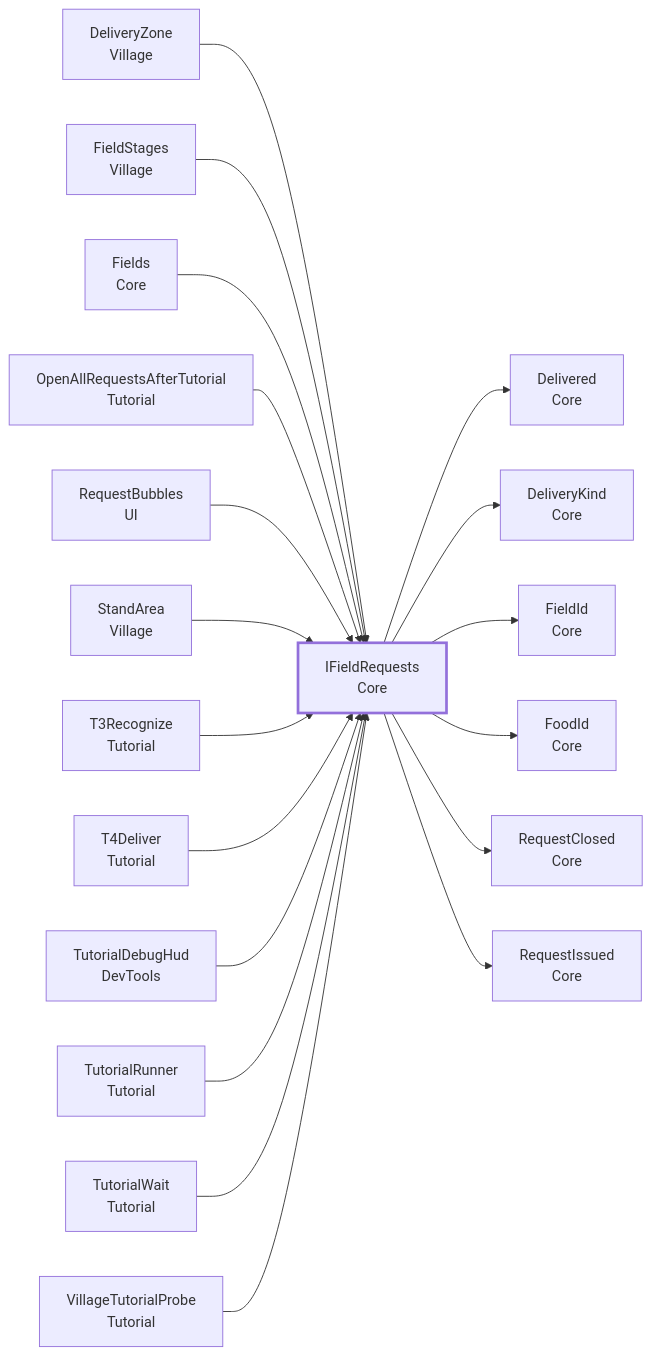
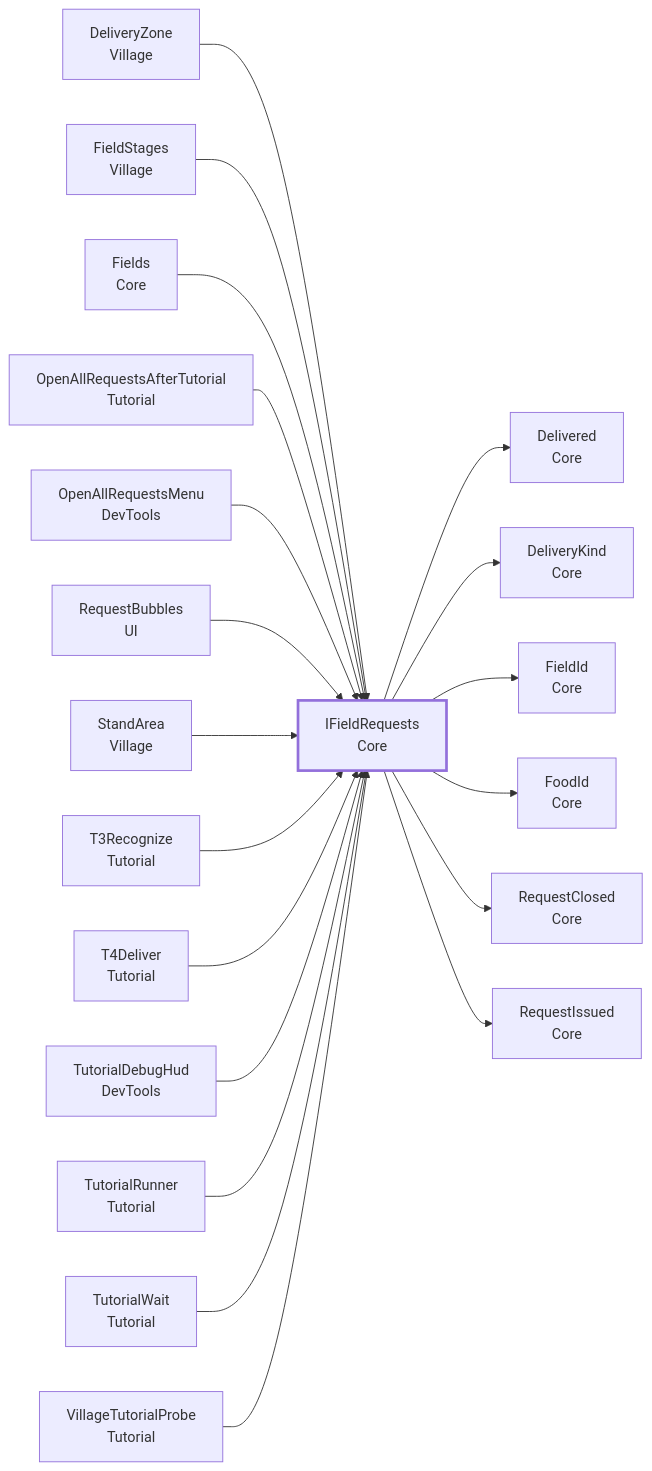
Before and after one commit to Fialuxe/MouthOfGod_System: diagram 13 of 23 in docs/api/Core.md, drawn with Mermaid. The commit also changed other lines of this file and 28 other files, not shown here.

````diff
--- a/docs/api/Core.md
+++ b/docs/api/Core.md
@@ -683,23 +684,24 @@
 ```mermaid
 flowchart LR
   C_IFieldRequests["IFieldRequests<br/>Core"]:::me
   U_DeliveryZone["DeliveryZone<br/>Village"] --> C_IFieldRequests
   U_FieldStages["FieldStages<br/>Village"] --> C_IFieldRequests
   U_Fields["Fields<br/>Core"] --> C_IFieldRequests
   U_OpenAllRequestsAfterTutorial["OpenAllRequestsAfterTutorial<br/>Tutorial"] --> C_IFieldRequests
+  U_OpenAllRequestsMenu["OpenAllRequestsMenu<br/>DevTools"] --> C_IFieldRequests
   U_RequestBubbles["RequestBubbles<br/>UI"] --> C_IFieldRequests
   U_StandArea["StandArea<br/>Village"] --> C_IFieldRequests
   U_T3Recognize["T3Recognize<br/>Tutorial"] --> C_IFieldRequests
   U_T4Deliver["T4Deliver<br/>Tutorial"] --> C_IFieldRequests
   U_TutorialDebugHud["TutorialDebugHud<br/>DevTools"] --> C_IFieldRequests
   U_TutorialRunner["TutorialRunner<br/>Tutorial"] --> C_IFieldRequests
   U_TutorialWait["TutorialWait<br/>Tutorial"] --> C_IFieldRequests
   U_VillageTutorialProbe["VillageTutorialProbe<br/>Tutorial"] --> C_IFieldRequests
   C_IFieldRequests --> D_Delivered["Delivered<br/>Core"]
   C_IFieldRequests --> D_DeliveryKind["DeliveryKind<br/>Core"]
   C_IFieldRequests --> D_FieldId["FieldId<br/>Core"]
   C_IFieldRequests --> D_FoodId["FoodId<br/>Core"]
   C_IFieldRequests --> D_RequestClosed["RequestClosed<br/>Core"]
   C_IFieldRequests --> D_RequestIssued["RequestIssued<br/>Core"]
   classDef me stroke-width:3px
 ```
````
